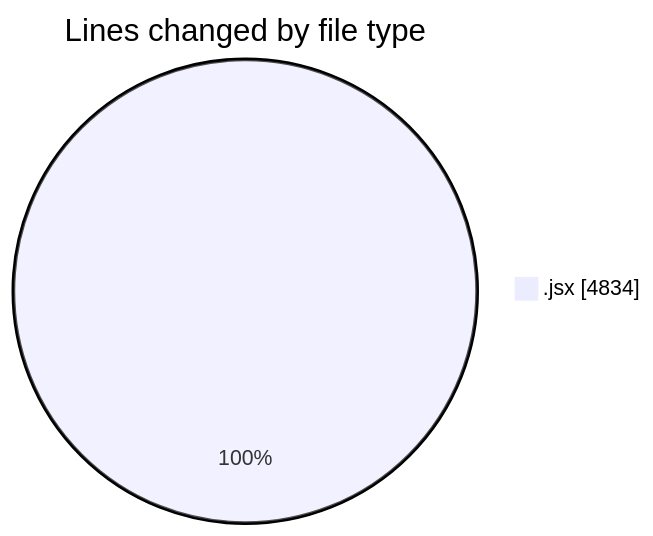
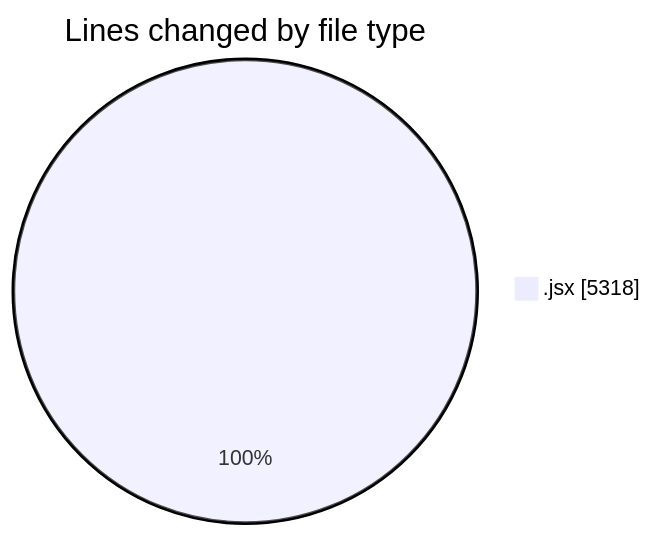
Before and after one commit to nxtqubesakshisongat/code-tracking: the first of 2 diagrams in 2025-09-16/nxtqube_webapp/README.md, drawn with Mermaid. The commit also changed other lines of this file and 1 other file, not shown here.

````diff
--- a/2025-09-16/nxtqube_webapp/README.md
+++ b/2025-09-16/nxtqube_webapp/README.md
@@ -20,5 +20,5 @@
 ```mermaid
 pie showData
 title Lines changed by file type
-".jsx" : 4834
+".jsx" : 5318
 ```
````
